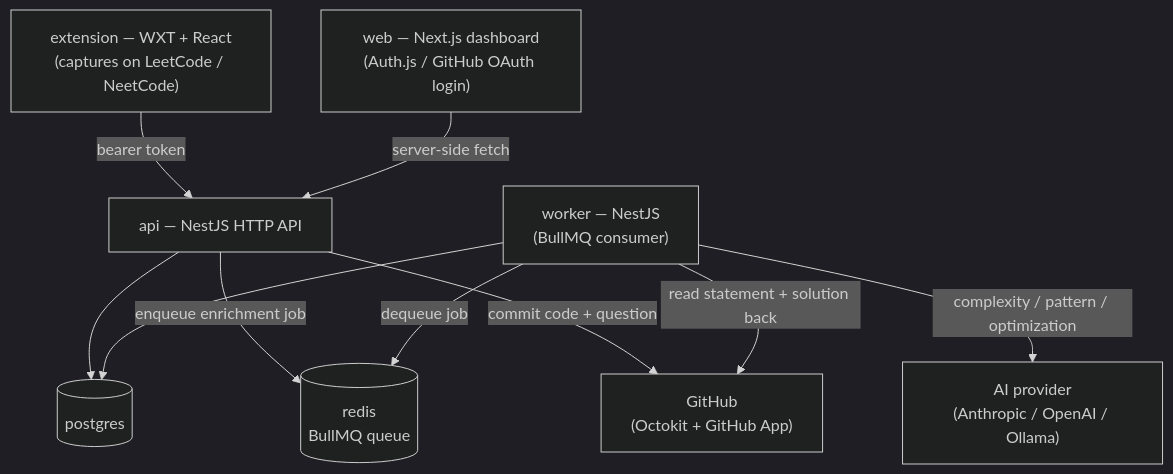
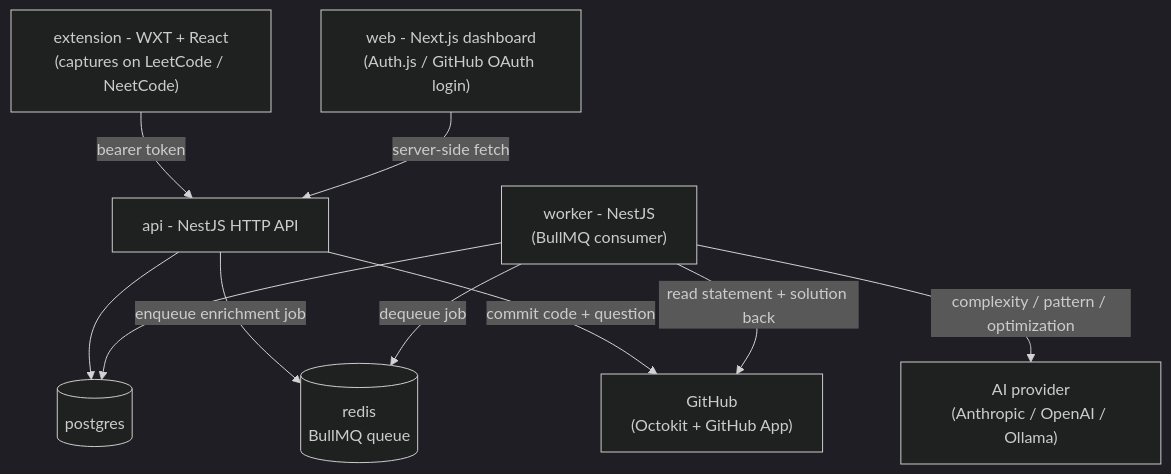
The diagram in README.md (seemantshekhar43/shekse-code-sync), drawn with Mermaid (dark theme) before and after one commit. The commit also changed other lines of this file and 2 other files, not shown here.

````diff
--- a/README.md
+++ b/README.md
@@ -34,21 +26,21 @@
 ```mermaid
 flowchart TB
-  Ext["extension — WXT + React<br/>(captures on LeetCode / NeetCode)"]
-  Web["web — Next.js dashboard<br/>(Auth.js / GitHub OAuth login)"]
-  Api["api — NestJS HTTP API"]
-  Worker["worker — NestJS<br/>(BullMQ consumer)"]
+  Ext["extension - WXT + React<br/>(captures on LeetCode / NeetCode)"]
+  Web["web - Next.js dashboard<br/>(Auth.js / GitHub OAuth login)"]
+  Api["api - NestJS HTTP API"]
+  Worker["worker - NestJS<br/>(BullMQ consumer)"]
   PG[("postgres")]
   Redis[("redis<br/>BullMQ queue")]
   GH["GitHub<br/>(Octokit + GitHub App)"]
   AI["AI provider<br/>(Anthropic / OpenAI / Ollama)"]
 
   Ext -->|"bearer token"| Api
   Web -->|"server-side fetch"| Api
   Api --> PG
   Api -->|"enqueue enrichment job"| Redis
   Api -->|"commit code + question"| GH
   Worker -->|"dequeue job"| Redis
   Worker --> PG
   Worker -->|"read statement + solution back"| GH
   Worker -->|"complexity / pattern / optimization"| AI
 ```
````
